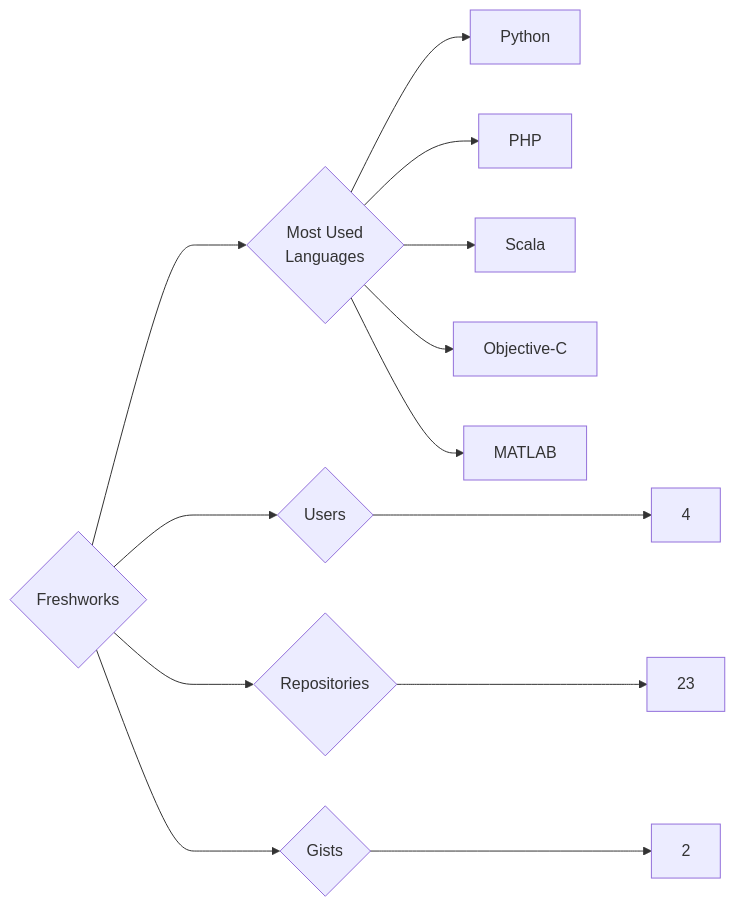
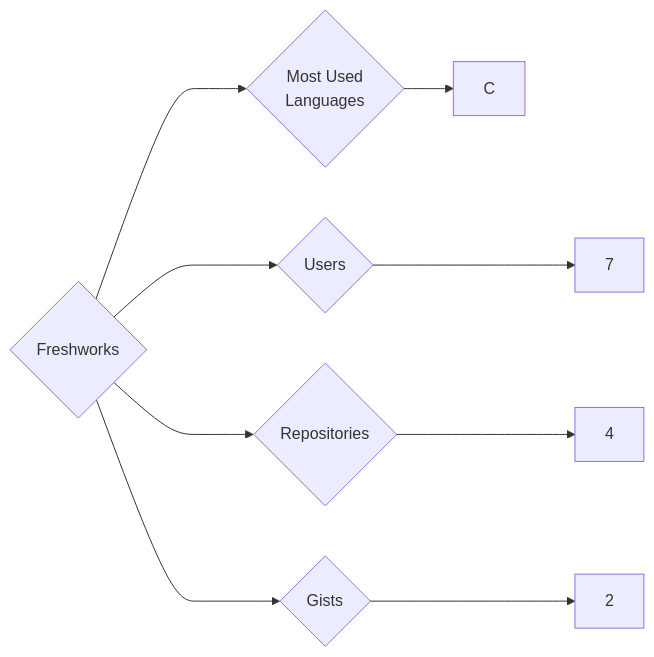
One commit to trickest/insiders changed the diagram in targets/Freshworks/README.md. Above: the diagram before and after it, drawn with Mermaid. The commit also changed 1212 other files, not shown here.

````diff
--- a/targets/Freshworks/README.md
+++ b/targets/Freshworks/README.md
@@ -3,13 +3,9 @@
 ```mermaid
 graph LR
 COMPANY_NAME{Freshworks}
-COMPANY_NAME ---> U{Users} ---> UN[4]
-COMPANY_NAME ---> R{Repositories} ---> RN[23]
+COMPANY_NAME ---> U{Users} ---> UN[7]
+COMPANY_NAME ---> R{Repositories} ---> RN[4]
 COMPANY_NAME ---> G{Gists} ---> GN[2]
 COMPANY_NAME ---> ML{Most Used<br>Languages}
-ML --> Python[Python]
-ML --> PHP[PHP]
-ML --> Scala[Scala]
-ML --> Objective-C[Objective-C]
-ML --> MATLAB[MATLAB]
+ML --> C[C]
 ```
````
